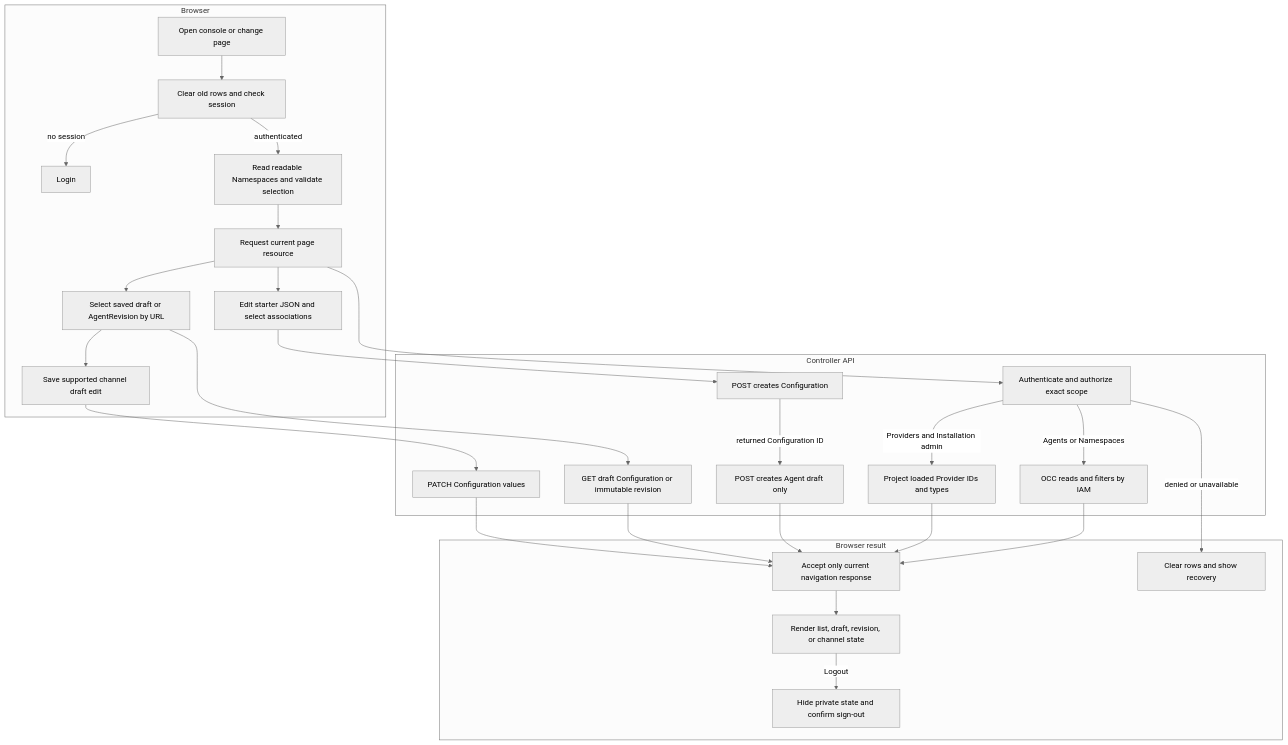
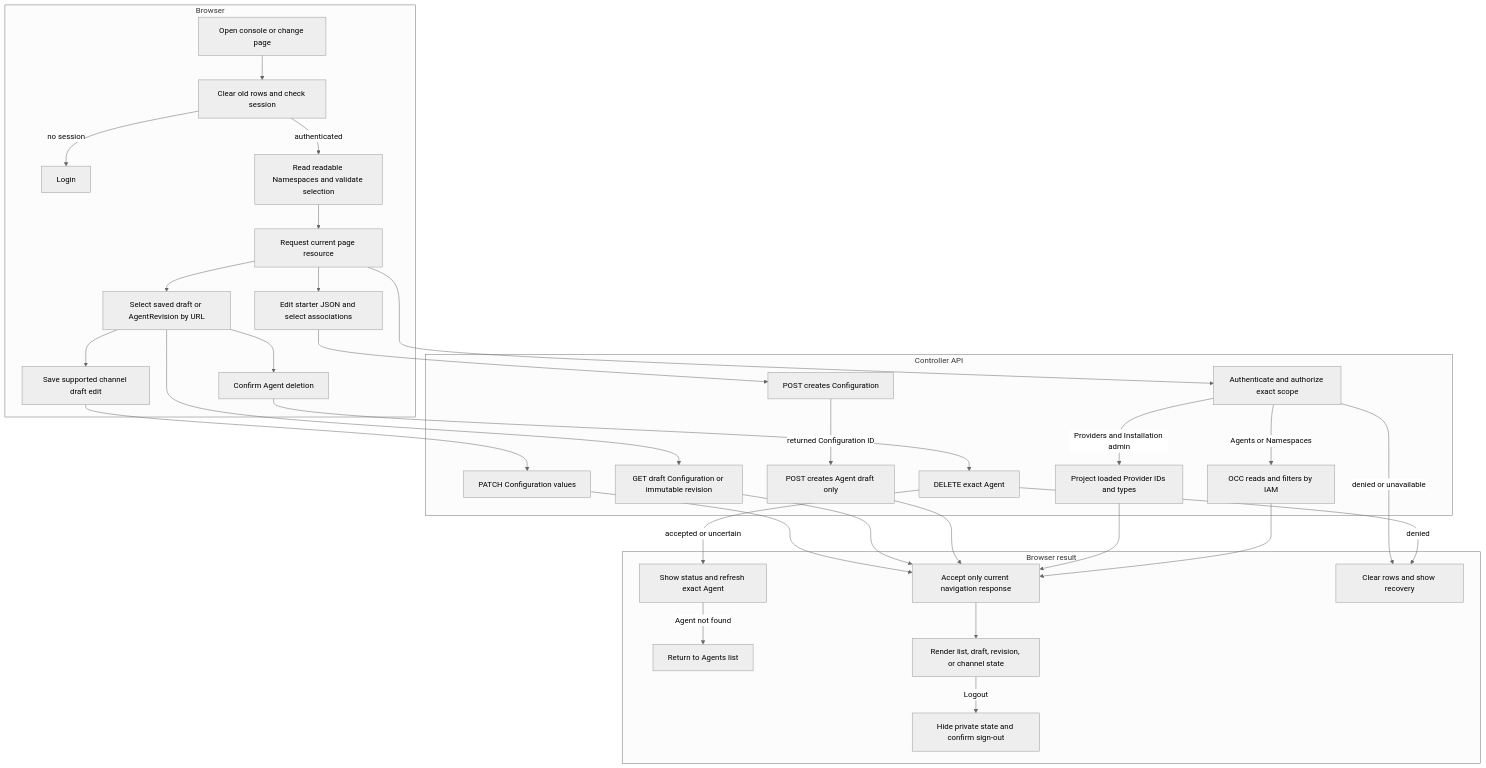
Before and after one commit to IsaiahStapleton/openclaw-enterprise: the diagram in docs/flows/platform-console.md, drawn with Mermaid (neutral theme). The commit also changed other lines of this file and 9 other files, not shown here.

````diff
--- a/docs/flows/platform-console.md
+++ b/docs/flows/platform-console.md
@@ -41,31 +42,36 @@
 ```mermaid
 graph TD
   subgraph Browser["Browser"]
     A["Open console or change page"] --> B["Clear old rows and check session"]
     B -->|no session| C["Login"]
     B -->|authenticated| D["Read readable Namespaces and validate selection"]
     D --> E["Request current page resource"]
     E --> E1["Edit starter JSON and select associations"]
     E --> E2["Select saved draft or AgentRevision by URL"]
     E2 --> E3["Save supported channel draft edit"]
+    E2 --> E4["Confirm Agent deletion"]
   end
   subgraph Controller["Controller API"]
     E --> F["Authenticate and authorize exact scope"]
     F -->|Agents or Namespaces| G["OCC reads and filters by IAM"]
     F -->|Providers and Installation admin| H["Project loaded Provider IDs and types"]
     E1 --> M1["POST creates Configuration"]
     M1 -->|returned Configuration ID| M["POST creates Agent draft only"]
     E2 --> N["GET draft Configuration or immutable revision"]
     E3 --> O["PATCH Configuration values"]
+    E4 --> P["DELETE exact Agent"]
   end
   subgraph Result["Browser result"]
     G --> I["Accept only current navigation response"]
     H --> I
     M --> I
     N --> I
     O --> I
+    P -->|accepted or uncertain| Q["Show status and refresh exact Agent"]
+    P -->|denied| K
+    Q -->|Agent not found| R["Return to Agents list"]
     I --> J["Render list, draft, revision, or channel state"]
     F -->|denied or unavailable| K["Clear rows and show recovery"]
     J -->|Logout| L["Hide private state and confirm sign-out"]
   end
 ```
````
